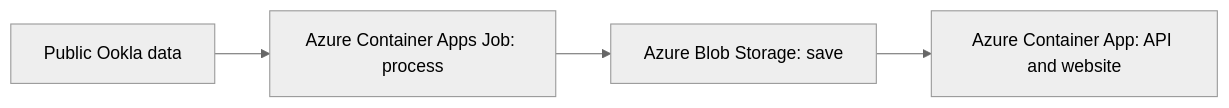
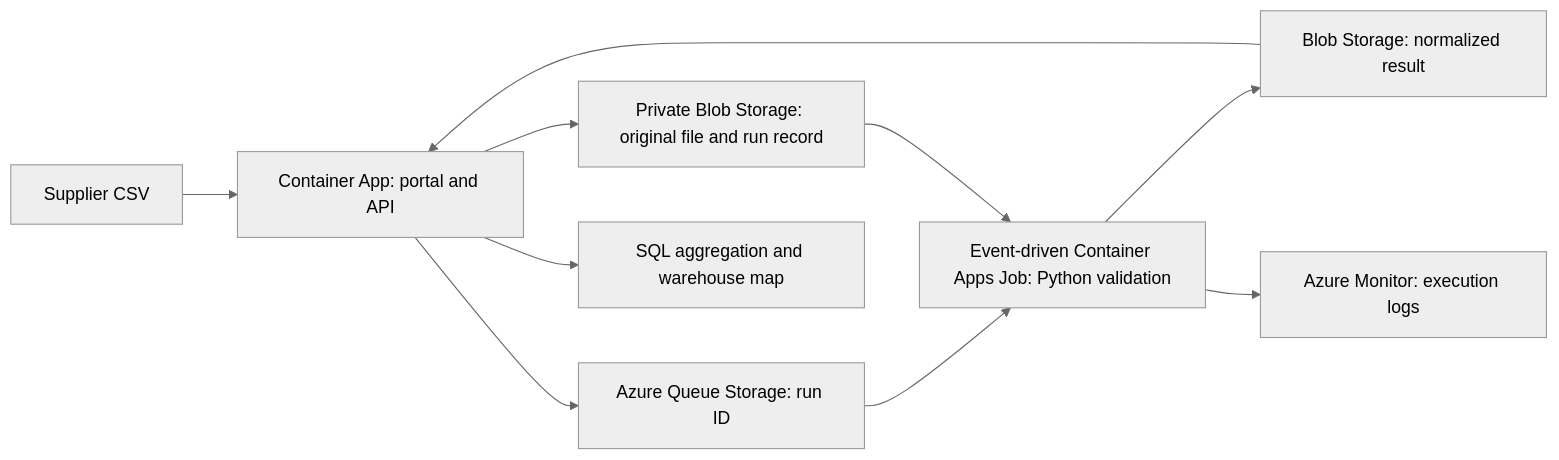
Before and after one commit to VictorCabaleiroValado/azure-operations-data-platform: the diagram in README.md, drawn with Mermaid (neutral theme). The commit also changed other lines of this file and 87 other files, not shown here.

Commit message:
Replace telecom demo with Azure warehouse data operations platform

````diff
--- a/README.md
+++ b/README.md
@@ -15,6 +18,12 @@
 ```mermaid
 flowchart LR
-    O[Public Ookla data] --> J[Azure Container Apps Job: process]
-    J --> B[Azure Blob Storage: save]
-    B --> A[Azure Container App: API and website]
+    U[Supplier CSV] --> A[Container App: portal and API]
+    A --> B[Private Blob Storage: original file and run record]
+    A --> Q[Azure Queue Storage: run ID]
+    Q --> J[Event-driven Container Apps Job: Python validation]
+    B --> J
+    J --> R[Blob Storage: normalized result]
+    R --> A
+    A --> D[SQL aggregation and warehouse map]
+    J --> M[Azure Monitor: execution logs]
 ```
````
